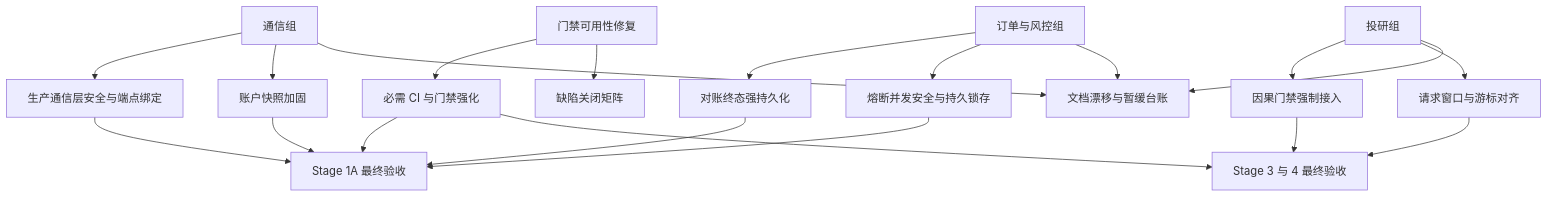
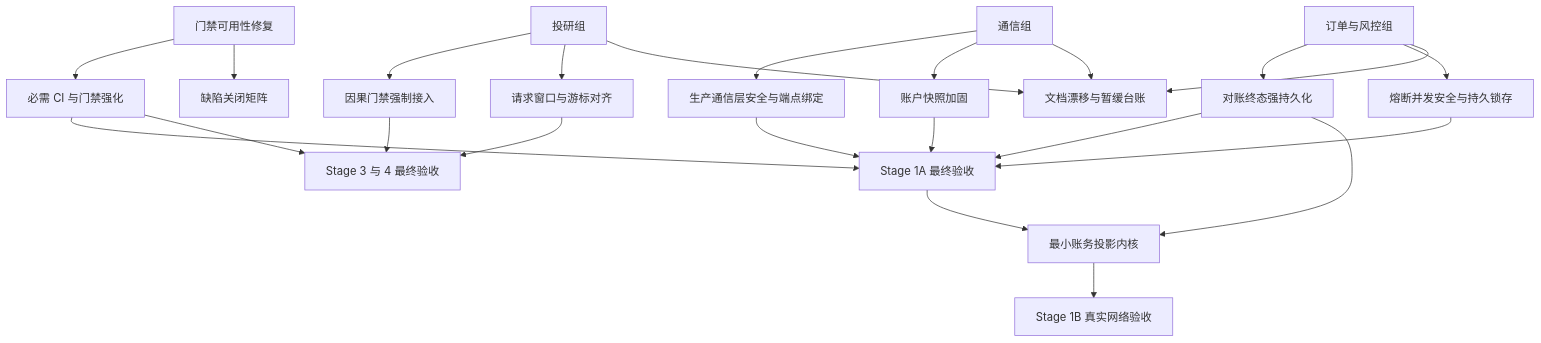
One commit to EypeZeo/hengyuan_v2 changed the fourth of 5 diagrams in docs/HengYuan_v2_全自动量化实盘系统实施指南与TODOLIST.md. Above: the diagram before and after it, drawn with Mermaid. The commit also changed other lines of this file and 8 other files, not shown here.

````diff
--- a/docs/HengYuan_v2_全自动量化实盘系统实施指南与TODOLIST.md
+++ b/docs/HengYuan_v2_全自动量化实盘系统实施指南与TODOLIST.md
@@ -658,22 +806,25 @@
 ```mermaid
 graph TD
     GATE0["门禁可用性修复"] --> REM01["必需 CI 与门禁强化"]
     GATE0 --> GATE1["缺陷关闭矩阵"]
     T_GRP["通信组"] --> REM02["生产通信层安全与端点绑定"]
     T_GRP --> REM03["账户快照加固"]
     O_GRP["订单与风控组"] --> REM04["对账终态强持久化"]
     O_GRP --> REM05["熔断并发安全与持久锁存"]
     R_GRP["投研组"] --> REM06["因果门禁强制接入"]
     R_GRP --> REM07["请求窗口与游标对齐"]
     T_GRP --> REM09["文档漂移与暂缓台账"]
     O_GRP --> REM09
     R_GRP --> REM09
     REM02 --> S1A["Stage 1A 最终验收"]
     REM03 --> S1A
     REM04 --> S1A
     REM05 --> S1A
+    REM04 --> LEDG["最小账务投影内核"]
+    S1A --> LEDG
+    LEDG --> S1B["Stage 1B 真实网络验收"]
     REM06 --> S34["Stage 3 与 4 最终验收"]
     REM07 --> S34
     REM01 --> S1A
     REM01 --> S34
 ```
````
